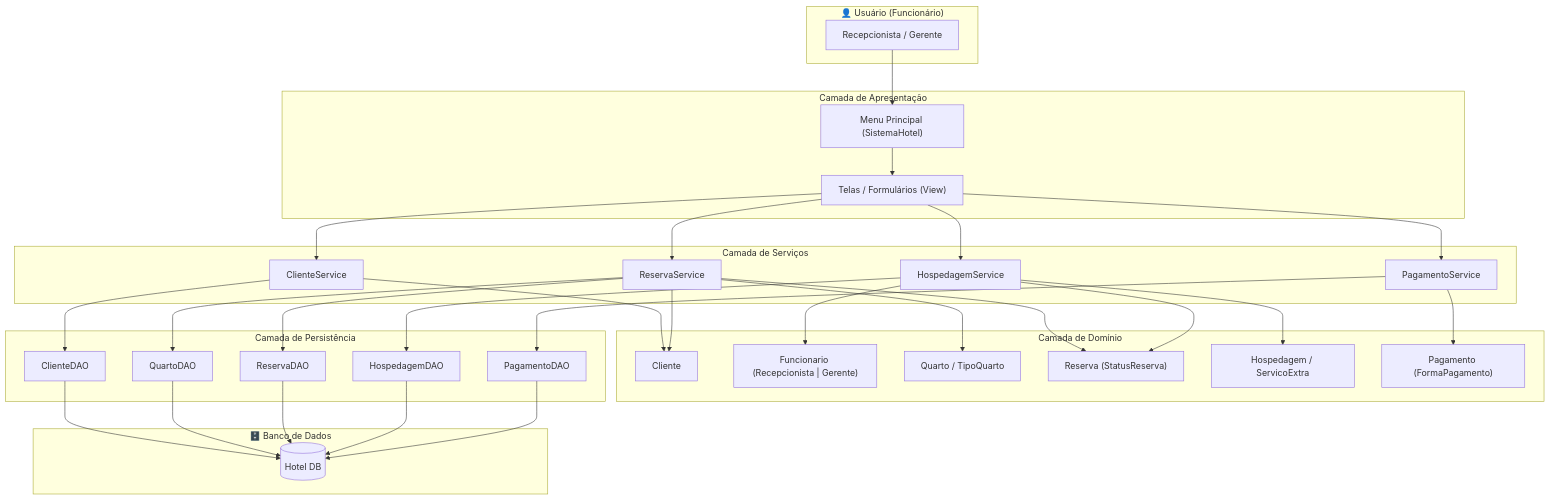
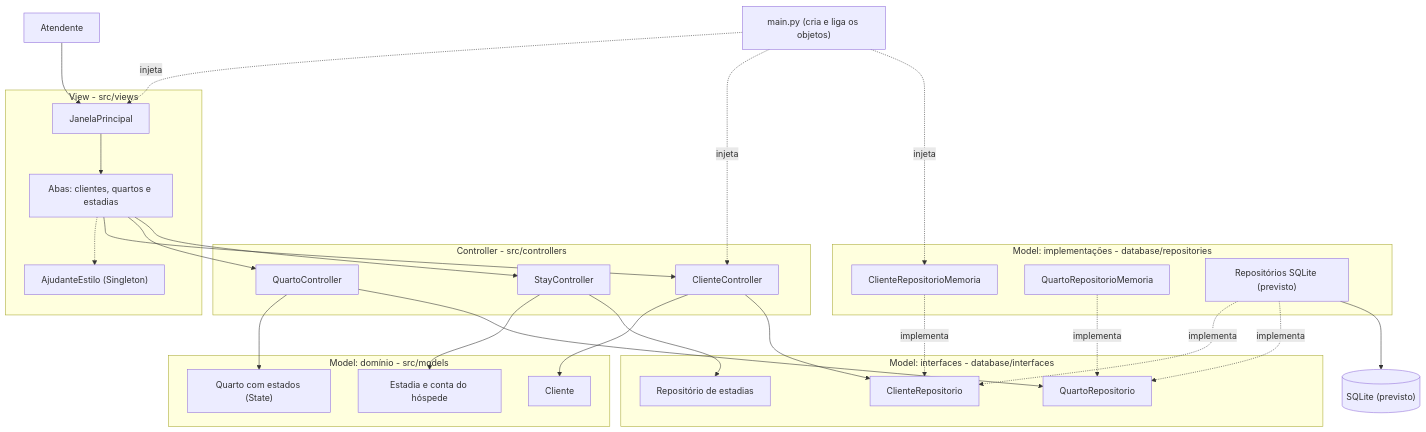
Before and after one commit to PH-IFSUL/sistema-gestao-de-hotelaria: the diagram in docs/diagrama_componentes.md, drawn with Mermaid. The commit also changed other lines of this file, not shown here.

Commit message:
Revise component diagram for updated architecture
Atualização do diagrama de componentes

````diff
--- a/docs/diagrama_componentes.md
+++ b/docs/diagrama_componentes.md
@@ -3,68 +3,61 @@
 ```mermaid
 graph TD
+    U["Atendente"]
+    MAIN["main.py (cria e liga os objetos)"]
 
-    subgraph USUARIO["👤 Usuário (Funcionário)"]
-        U[Recepcionista / Gerente]
+    subgraph VIEW["View - src/views"]
+        JP["JanelaPrincipal"]
+        ABAS["Abas: clientes, quartos e estadias"]
+        EST["AjudanteEstilo (Singleton)"]
     end
 
-    subgraph L1["Camada de Apresentação"]
-        MENU["Menu Principal (SistemaHotel)"]
-        TELAS["Telas / Formulários (View)"]
+    subgraph CTRL["Controller - src/controllers"]
+        CC["ClienteController"]
+        QC["QuartoController"]
+        SC["StayController"]
     end
 
-    subgraph L2["Camada de Serviços"]
-        CS["ClienteService"]
-        RS["ReservaService"]
-        HS["HospedagemService"]
-        PS["PagamentoService"]
+    subgraph DOM["Model: domínio - src/models"]
+        CL["Cliente"]
+        QU["Quarto com estados (State)"]
+        ES["Estadia e conta do hóspede"]
     end
 
-    subgraph L3["Camada de Domínio"]
-        CL["Cliente"]
-        FU["Funcionario (Recepcionista | Gerente)"]
-        QU["Quarto / TipoQuarto"]
-        RE["Reserva (StatusReserva)"]
-        HO["Hospedagem / ServicoExtra"]
-        PG["Pagamento (FormaPagamento)"]
+    subgraph INT["Model: interfaces - database/interfaces"]
+        ICR["ClienteRepositorio"]
+        IQR["QuartoRepositorio"]
+        ISR["Repositório de estadias"]
     end
 
-    subgraph L4["Camada de Persistência"]
-        CDAO["ClienteDAO"]
-        QDAO["QuartoDAO"]
-        RDAO["ReservaDAO"]
-        HDAO["HospedagemDAO"]
-        PDAO["PagamentoDAO"]
+    subgraph IMP["Model: implementações - database/repositories"]
+        CRM["ClienteRepositorioMemoria"]
+        QRM["QuartoRepositorioMemoria"]
+        SQL["Repositórios SQLite (previsto)"]
     end
 
-    subgraph BD["🗄️ Banco de Dados"]
-        DB[(Hotel DB)]
-    end
+    DB[("SQLite (previsto)")]
 
-    U --> MENU
-    MENU --> TELAS
-    TELAS --> CS
-    TELAS --> RS
-    TELAS --> HS
-    TELAS --> PS
+    U --> JP
+    JP --> ABAS
+    ABAS -.-> EST
+    ABAS --> CC
+    ABAS --> QC
+    ABAS --> SC
 
-    CS --> CL
-    RS --> RE
-    RS --> QU
-    RS --> CL
-    HS --> HO
-    HS --> RE
-    HS --> FU
-    PS --> PG
+    CC --> CL
+    QC --> QU
+    SC --> ES
+    CC --> ICR
+    QC --> IQR
+    SC --> ISR
 
-    CS --> CDAO
-    RS --> RDAO
-    RS --> QDAO
-    HS --> HDAO
-    PS --> PDAO
+    CRM -. implementa .-> ICR
+    QRM -. implementa .-> IQR
+    SQL -. implementa .-> ICR
+    SQL -. implementa .-> IQR
+    SQL --> DB
 
-    CDAO --> DB
-    QDAO --> DB
-    RDAO --> DB
-    HDAO --> DB
-    PDAO --> DB
+    MAIN -. injeta .-> JP
+    MAIN -. injeta .-> CC
+    MAIN -. injeta .-> CRM
 ```
````
